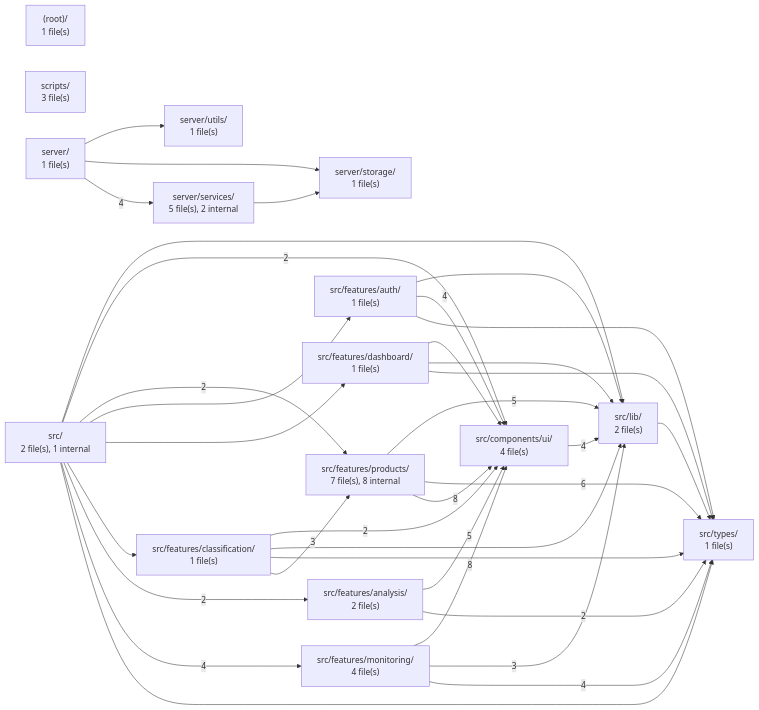
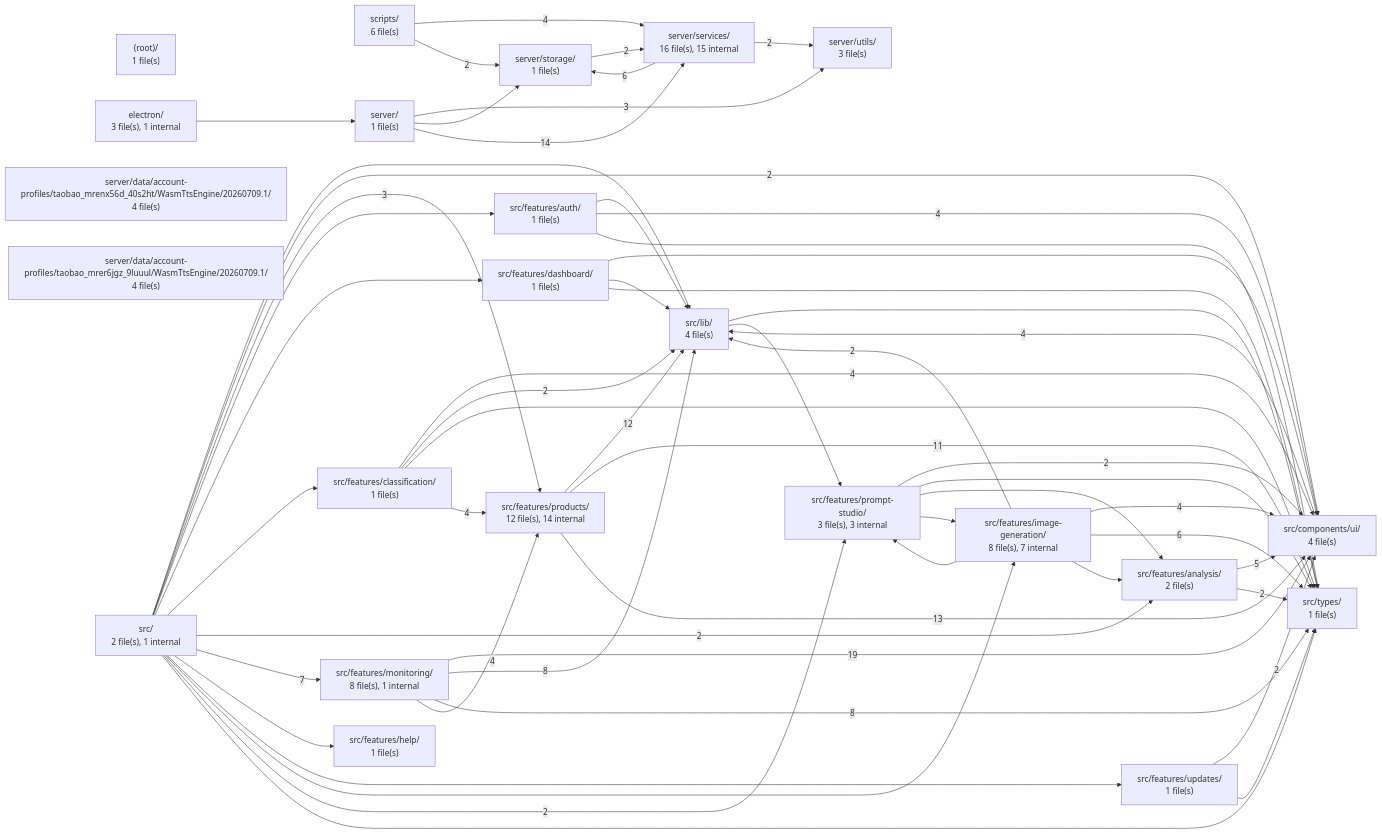
Before and after one commit to PMZPZM0/ecom-competitor-monitor: the first of 2 diagrams in GRAPH.md, drawn with Mermaid. The commit also changed other lines of this file and 90 other files, not shown here.

````diff
--- a/GRAPH.md
+++ b/GRAPH.md
@@ -15,52 +15,81 @@
 ```mermaid
 graph LR
   n__root_["(root)/<br/>1 file(s)"]
-  n_scripts["scripts/<br/>3 file(s)"]
+  n_electron["electron/<br/>3 file(s), 1 internal"]
+  n_scripts["scripts/<br/>6 file(s)"]
   n_server["server/<br/>1 file(s)"]
-  n_server_services["server/services/<br/>5 file(s), 2 internal"]
+  n_server_data_account_profiles_taobao_mrenx56d_40s2ht_WasmTtsEngine_20260709_1["server/data/account-profiles/taobao_mrenx56d_40s2ht/WasmTtsEngine/20260709.1/<br/>4 file(s)"]
+  n_server_data_account_profiles_taobao_mrer6jgz_9luuul_WasmTtsEngine_20260709_1["server/data/account-profiles/taobao_mrer6jgz_9luuul/WasmTtsEngine/20260709.1/<br/>4 file(s)"]
+  n_server_services["server/services/<br/>16 file(s), 15 internal"]
   n_server_storage["server/storage/<br/>1 file(s)"]
-  n_server_utils["server/utils/<br/>1 file(s)"]
+  n_server_utils["server/utils/<br/>3 file(s)"]
   n_src["src/<br/>2 file(s), 1 internal"]
   n_src_components_ui["src/components/ui/<br/>4 file(s)"]
   n_src_features_analysis["src/features/analysis/<br/>2 file(s)"]
   n_src_features_auth["src/features/auth/<br/>1 file(s)"]
   n_src_features_classification["src/features/classification/<br/>1 file(s)"]
   n_src_features_dashboard["src/features/dashboard/<br/>1 file(s)"]
-  n_src_features_monitoring["src/features/monitoring/<br/>4 file(s)"]
-  n_src_features_products["src/features/products/<br/>7 file(s), 8 internal"]
-  n_src_lib["src/lib/<br/>2 file(s)"]
+  n_src_features_help["src/features/help/<br/>1 file(s)"]
+  n_src_features_image_generation["src/features/image-generation/<br/>8 file(s), 7 internal"]
+  n_src_features_monitoring["src/features/monitoring/<br/>8 file(s), 1 internal"]
+  n_src_features_products["src/features/products/<br/>12 file(s), 14 internal"]
+  n_src_features_prompt_studio["src/features/prompt-studio/<br/>3 file(s), 3 internal"]
+  n_src_features_updates["src/features/updates/<br/>1 file(s)"]
+  n_src_lib["src/lib/<br/>4 file(s)"]
   n_src_types["src/types/<br/>1 file(s)"]
-  n_server --> n_server_utils
+  n_electron --> n_server
+  n_scripts -- 4 --> n_server_services
+  n_scripts -- 2 --> n_server_storage
+  n_server -- 3 --> n_server_utils
   n_server --> n_server_storage
-  n_server -- 4 --> n_server_services
-  n_server_services --> n_server_storage
+  n_server -- 14 --> n_server_services
+  n_server_services -- 6 --> n_server_storage
+  n_server_services -- 2 --> n_server_utils
+  n_server_storage -- 2 --> n_server_services
   n_src --> n_src_lib
   n_src -- 2 --> n_src_components_ui
-  n_src -- 2 --> n_src_features_products
+  n_src -- 3 --> n_src_features_products
   n_src --> n_src_features_auth
   n_src --> n_src_features_dashboard
   n_src --> n_src_features_classification
   n_src -- 2 --> n_src_features_analysis
-  n_src -- 4 --> n_src_features_monitoring
+  n_src -- 7 --> n_src_features_monitoring
+  n_src --> n_src_features_help
+  n_src --> n_src_features_updates
+  n_src --> n_src_features_image_generation
+  n_src -- 2 --> n_src_features_prompt_studio
   n_src --> n_src_types
   n_src_components_ui -- 4 --> n_src_lib
   n_src_features_analysis -- 5 --> n_src_components_ui
   n_src_features_analysis -- 2 --> n_src_types
   n_src_features_auth --> n_src_lib
   n_src_features_auth -- 4 --> n_src_components_ui
   n_src_features_auth --> n_src_types
-  n_src_features_classification -- 2 --> n_src_components_ui
-  n_src_features_classification --> n_src_lib
+  n_src_features_classification -- 4 --> n_src_components_ui
+  n_src_features_classification -- 2 --> n_src_lib
   n_src_features_classification --> n_src_types
-  n_src_features_classification -- 3 --> n_src_features_products
+  n_src_features_classification -- 4 --> n_src_features_products
   n_src_features_dashboard --> n_src_components_ui
   n_src_features_dashboard --> n_src_lib
   n_src_features_dashboard --> n_src_types
-  n_src_features_monitoring -- 8 --> n_src_components_ui
-  n_src_features_monitoring -- 3 --> n_src_lib
-  n_src_features_monitoring -- 4 --> n_src_types
-  n_src_features_products -- 5 --> n_src_lib
-  n_src_features_products -- 6 --> n_src_types
-  n_src_features_products -- 8 --> n_src_components_ui
+  n_src_features_image_generation -- 4 --> n_src_components_ui
+  n_src_features_image_generation -- 6 --> n_src_types
+  n_src_features_image_generation -- 2 --> n_src_lib
+  n_src_features_image_generation --> n_src_features_prompt_studio
+  n_src_features_image_generation --> n_src_features_analysis
+  n_src_features_monitoring -- 19 --> n_src_components_ui
+  n_src_features_monitoring -- 8 --> n_src_lib
+  n_src_features_monitoring -- 8 --> n_src_types
+  n_src_features_monitoring -- 4 --> n_src_features_products
+  n_src_features_products -- 12 --> n_src_lib
+  n_src_features_products -- 11 --> n_src_types
+  n_src_features_products -- 13 --> n_src_components_ui
+  n_src_features_prompt_studio -- 2 --> n_src_components_ui
+  n_src_features_prompt_studio --> n_src_types
+  n_src_features_prompt_studio --> n_src_features_analysis
+  n_src_features_prompt_studio --> n_src_features_image_generation
+  n_src_features_updates -- 2 --> n_src_components_ui
+  n_src_features_updates --> n_src_types
   n_src_lib --> n_src_types
+  n_src_lib --> n_src_features_prompt_studio
 ```
````
